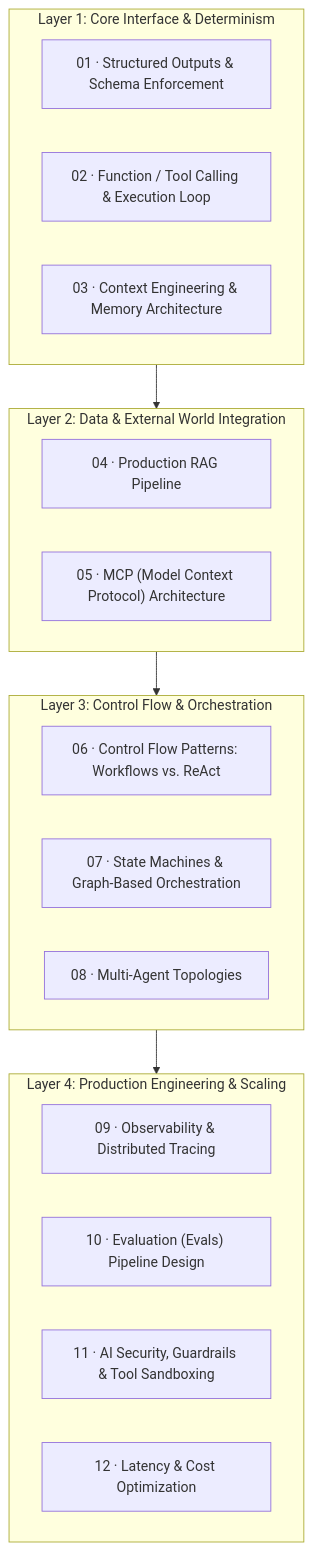
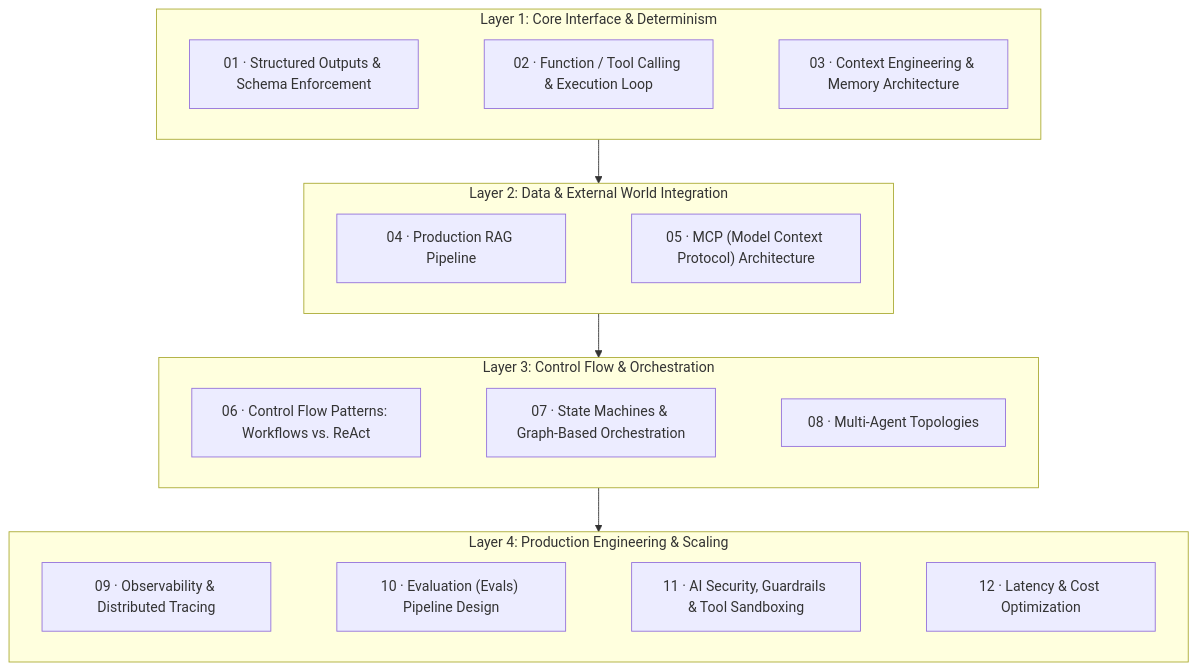
Before and after one commit to MehmetBicici/AI-Systems-Engineering: the diagram in README.md, drawn with Mermaid.

Commit message:
fix readme image problem

````diff
--- a/README.md
+++ b/README.md
@@ -13,28 +13,24 @@
 ```mermaid
 flowchart TB
-    subgraph L4["Layer 4: Production Engineering & Scaling"]
-        E09["09 · Observability & Distributed Tracing"]
-        E10["10 · Evaluation (Evals) Pipeline Design"]
-        E11["11 · AI Security, Guardrails & Tool Sandboxing"]
-        E12["12 · Latency & Cost Optimization"]
+    subgraph L1["Layer 1: Core Interface & Determinism"]
+        direction LR
+        E01["01 · Structured Outputs & Schema Enforcement"] ~~~ E02["02 · Function / Tool Calling & Execution Loop"] ~~~ E03["03 · Context Engineering & Memory Architecture"]
+    end
+
+    subgraph L2["Layer 2: Data & External World Integration"]
+        direction LR
+        E04["04 · Production RAG Pipeline"] ~~~ E05["05 · MCP (Model Context Protocol) Architecture"]
     end
 
     subgraph L3["Layer 3: Control Flow & Orchestration"]
-        E06["06 · Control Flow Patterns: Workflows vs. ReAct"]
-        E07["07 · State Machines & Graph-Based Orchestration"]
-        E08["08 · Multi-Agent Topologies"]
+        direction LR
+        E06["06 · Control Flow Patterns: Workflows vs. ReAct"] ~~~ E07["07 · State Machines & Graph-Based Orchestration"] ~~~ E08["08 · Multi-Agent Topologies"]
     end
 
-    subgraph L2["Layer 2: Data & External World Integration"]
-        E04["04 · Production RAG Pipeline"]
-        E05["05 · MCP (Model Context Protocol) Architecture"]
-    end
-
-    subgraph L1["Layer 1: Core Interface & Determinism"]
-        E01["01 · Structured Outputs & Schema Enforcement"]
-        E02["02 · Function / Tool Calling & Execution Loop"]
-        E03["03 · Context Engineering & Memory Architecture"]
+    subgraph L4["Layer 4: Production Engineering & Scaling"]
+        direction LR
+        E09["09 · Observability & Distributed Tracing"] ~~~ E10["10 · Evaluation (Evals) Pipeline Design"] ~~~ E11["11 · AI Security, Guardrails & Tool Sandboxing"] ~~~ E12["12 · Latency & Cost Optimization"]
     end
 
     L1 --> L2 --> L3 --> L4
 ```
````
